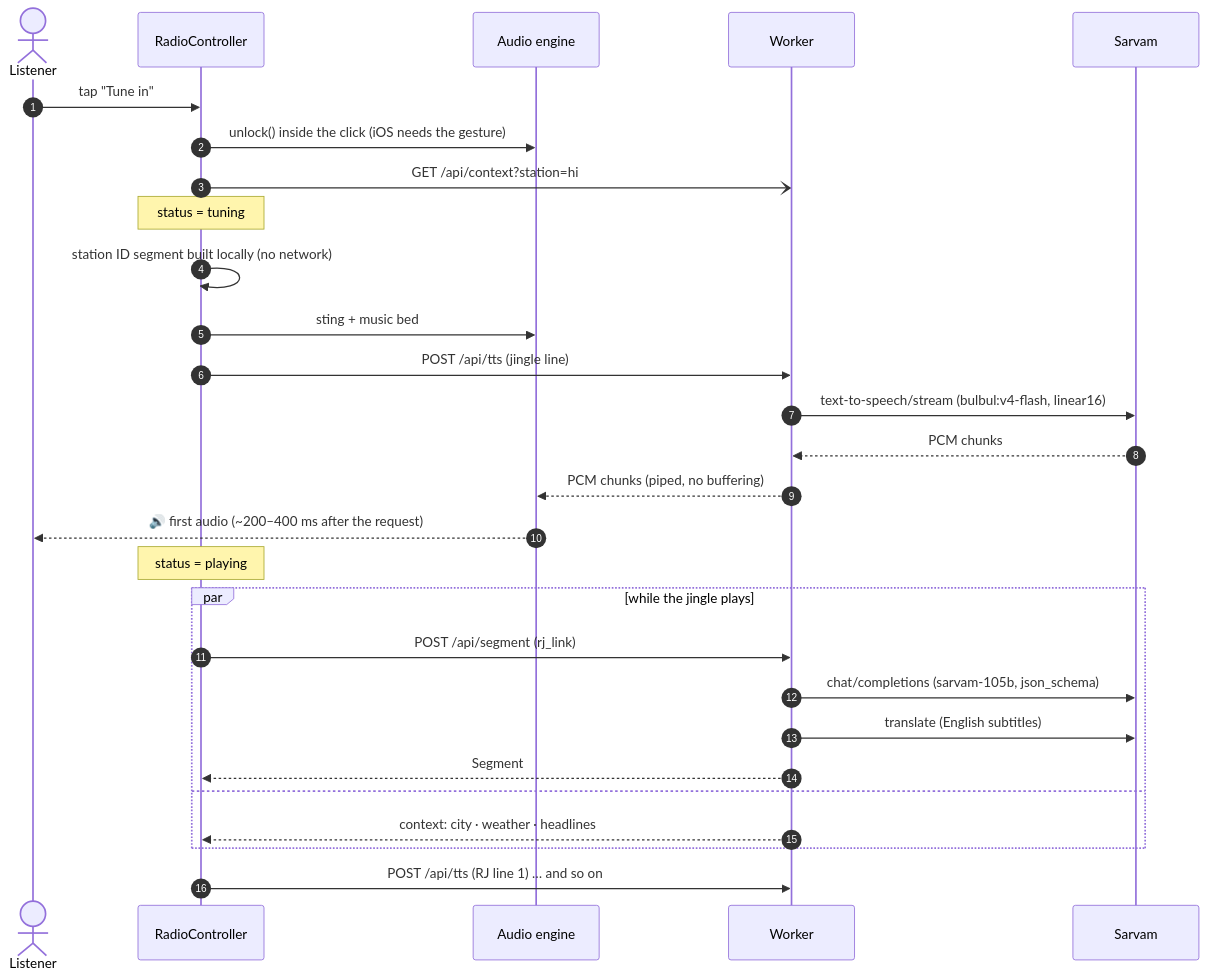
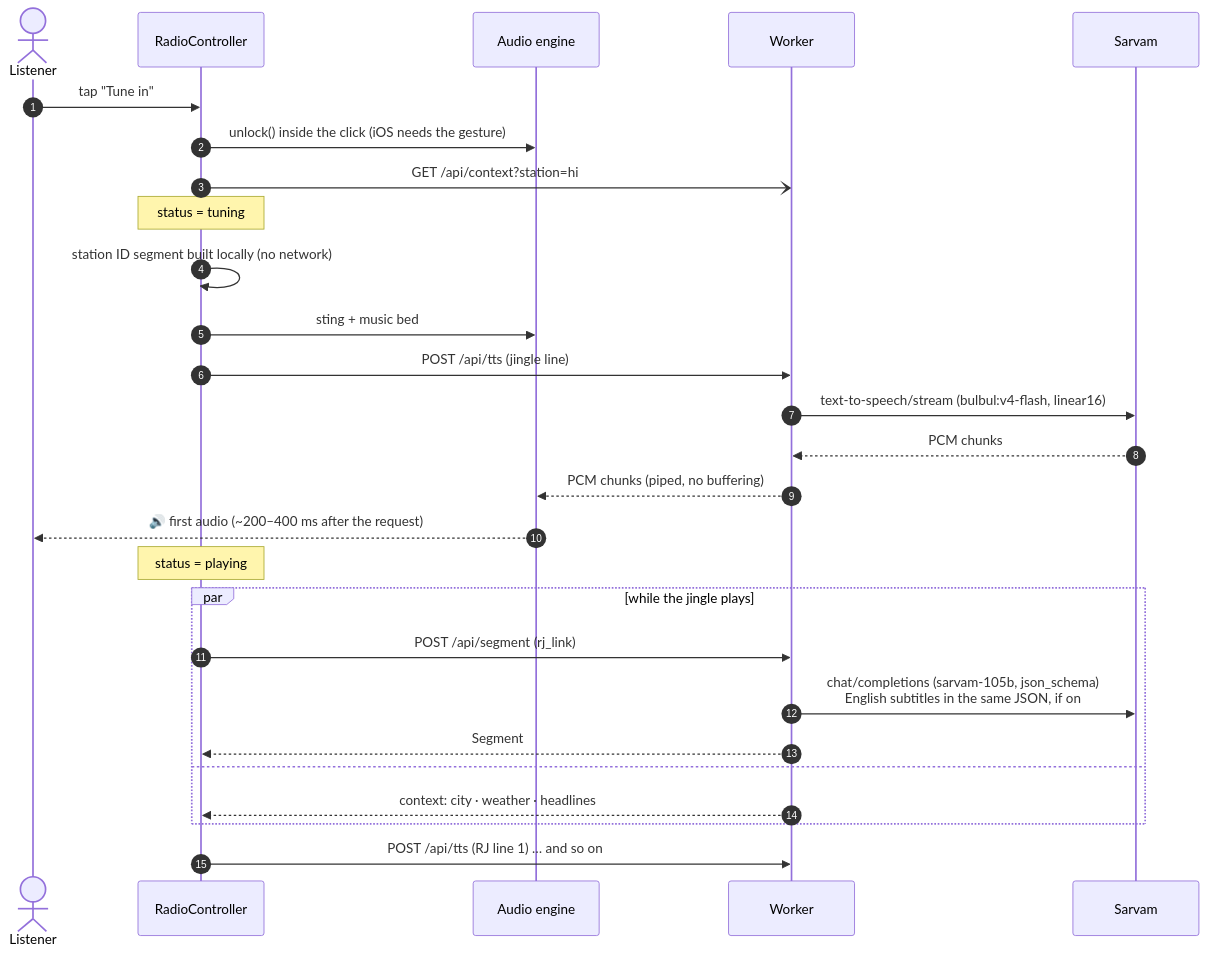
One commit to harshbhx/tarang-fm changed the second of 19 diagrams in docs/ARCHITECTURE.md. Above: the diagram before and after it, drawn with Mermaid. The commit also changed other lines of this file and 5 other files, not shown here.

````diff
--- a/docs/ARCHITECTURE.md
+++ b/docs/ARCHITECTURE.md
@@ -90,31 +98,30 @@
 ```mermaid
 sequenceDiagram
   autonumber
   actor U as Listener
   participant C as RadioController
   participant E as Audio engine
   participant W as Worker
   participant S as Sarvam
 
   U->>C: tap "Tune in"
   C->>E: unlock() inside the click (iOS needs the gesture)
   C-)W: GET /api/context?station=hi
   Note over C: status = tuning
   C->>C: station ID segment built locally (no network)
   C->>E: sting + music bed
   C->>W: POST /api/tts (jingle line)
   W->>S: text-to-speech/stream (bulbul:v4-flash, linear16)
   S-->>W: PCM chunks
   W-->>E: PCM chunks (piped, no buffering)
   E-->>U: 🔊 first audio (~200–400 ms after the request)
   Note over C: status = playing
   par while the jingle plays
     C->>W: POST /api/segment (rj_link)
-    W->>S: chat/completions (sarvam-105b, json_schema)
-    W->>S: translate (English subtitles)
+    W->>S: chat/completions (sarvam-105b, json_schema)<br/>English subtitles in the same JSON, if on
     W-->>C: Segment
   and
     W-->>C: context: city · weather · headlines
   end
   C->>W: POST /api/tts (RJ line 1) … and so on
 ```
````
